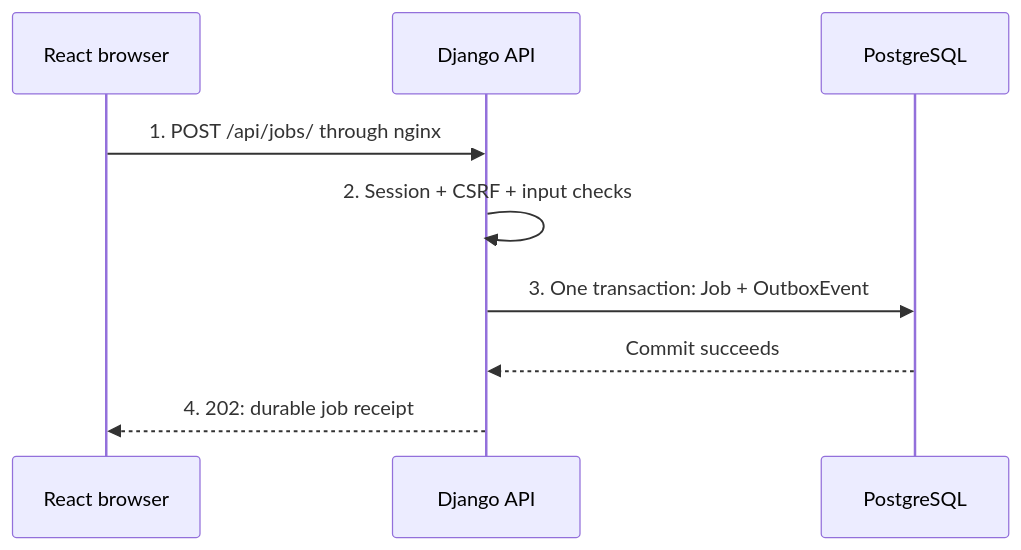
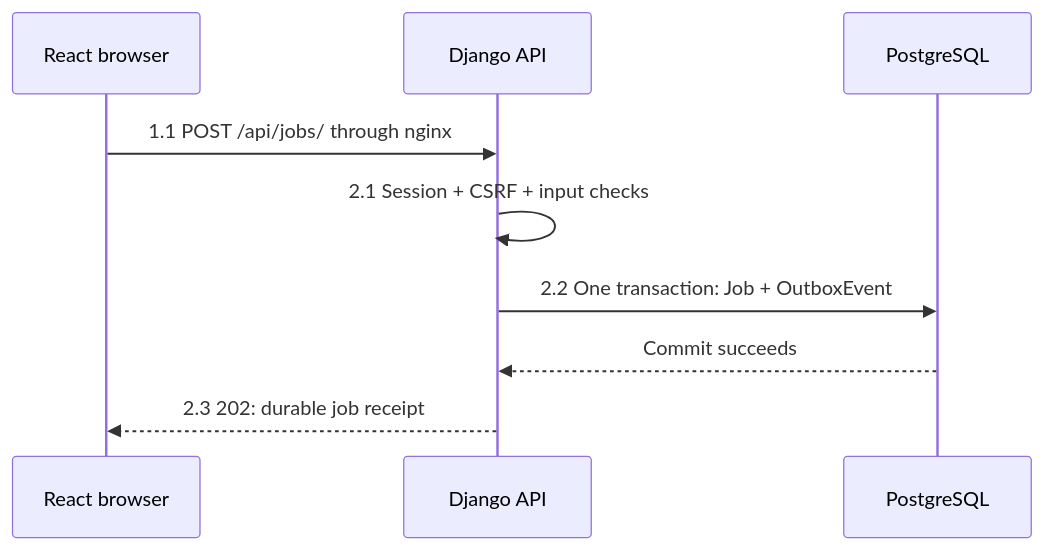
The first of 4 diagrams in docs/architecture.md (junrillg/resume-match-bedrock), drawn with Mermaid before and after one commit. The commit also changed other lines of this file and 8 other files, not shown here.

````diff
--- a/docs/architecture.md
+++ b/docs/architecture.md
@@ -25,11 +36,11 @@
 ```mermaid
 sequenceDiagram
   participant UI as React browser
   participant API as Django API
   participant DB as PostgreSQL
-  UI->>API: 1. POST /api/jobs/ through nginx
-  API->>API: 2. Session + CSRF + input checks
-  API->>DB: 3. One transaction: Job + OutboxEvent
+  UI->>API: 1.1 POST /api/jobs/ through nginx
+  API->>API: 2.1 Session + CSRF + input checks
+  API->>DB: 2.2 One transaction: Job + OutboxEvent
   DB-->>API: Commit succeeds
-  API-->>UI: 4. 202: durable job receipt
+  API-->>UI: 2.3 202: durable job receipt
 ```
````
